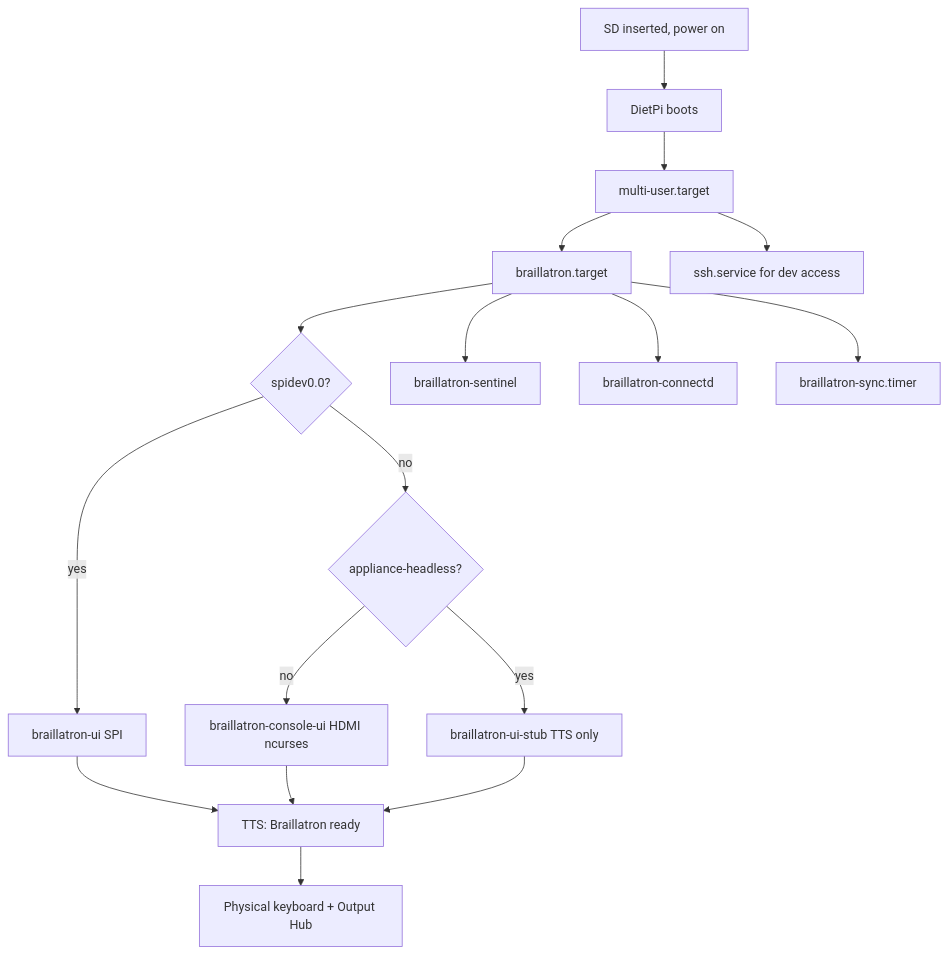
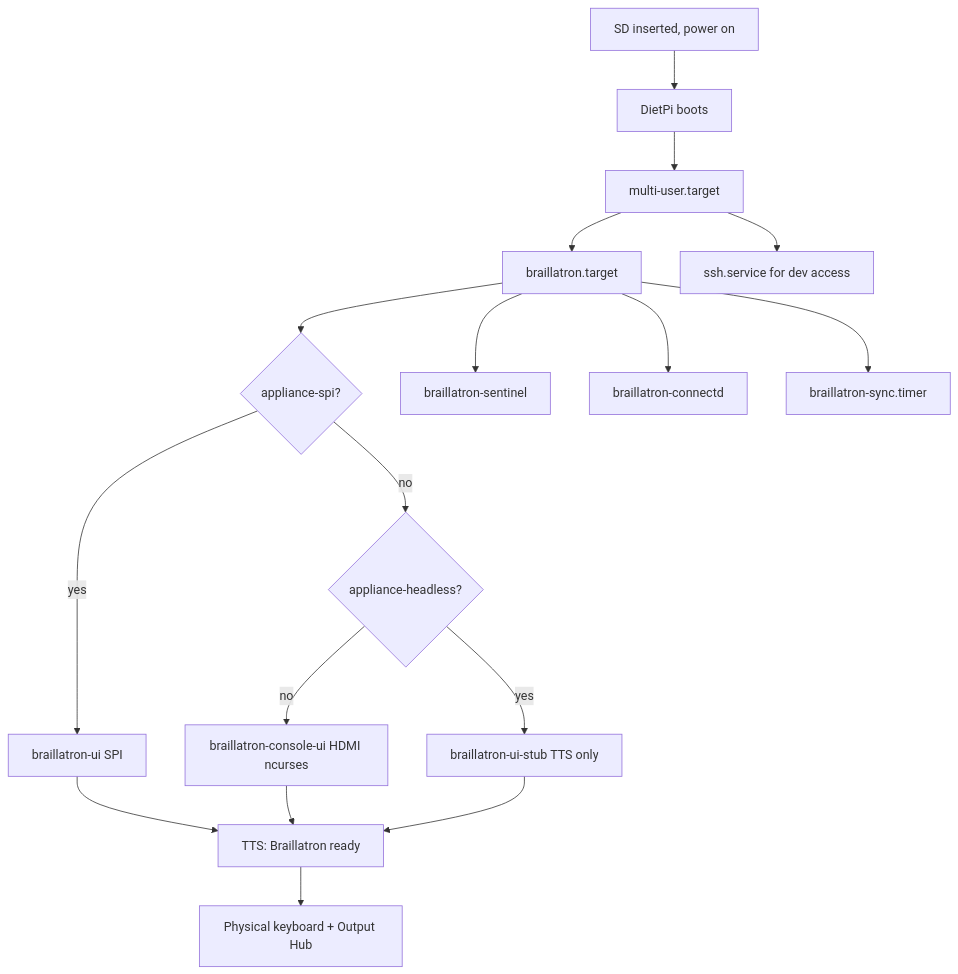
Before and after one commit to grahamthetvi/Graham-Braillatron: the diagram in mobile-braille-embosser/specs/Pi SD Image Software Build Guide.md, drawn with Mermaid. The commit also changed other lines of this file and 8 other files, not shown here.

````diff
--- a/mobile-braille-embosser/specs/Pi SD Image Software Build Guide.md
+++ b/mobile-braille-embosser/specs/Pi SD Image Software Build Guide.md
@@ -578,19 +580,19 @@
 ```mermaid
 flowchart TD
     PowerOn[SD inserted, power on] --> DietPi[DietPi boots]
     DietPi --> MultiUser[multi-user.target]
     MultiUser --> Target[braillatron.target]
-    Target --> SpiCheck{spidev0.0?}
+    Target --> SpiCheck{appliance-spi?}
     SpiCheck -->|yes| UI[braillatron-ui SPI]
     SpiCheck -->|no| HeadlessCheck{appliance-headless?}
     HeadlessCheck -->|no| ConsoleUI[braillatron-console-ui HDMI ncurses]
     HeadlessCheck -->|yes| StubUI[braillatron-ui-stub TTS only]
     Target --> Sentinel[braillatron-sentinel]
     Target --> Connectd[braillatron-connectd]
     Target --> Timer[braillatron-sync.timer]
     UI --> Ready[TTS: Braillatron ready]
     ConsoleUI --> Ready
     StubUI --> Ready
     Ready --> Use[Physical keyboard + Output Hub]
     MultiUser --> SSH[ssh.service for dev access]
 ```
````
